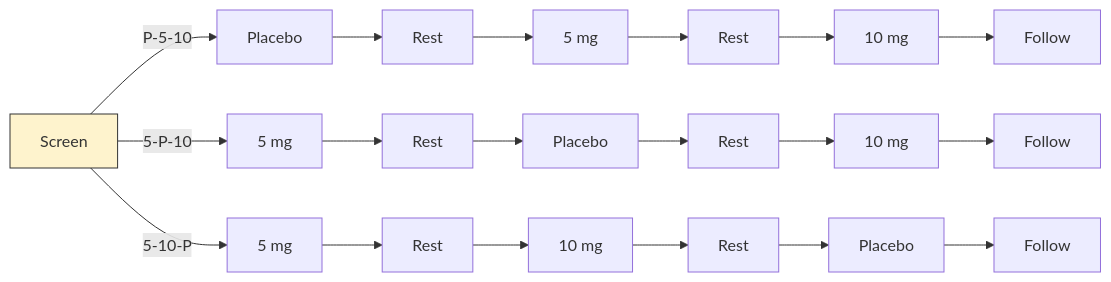
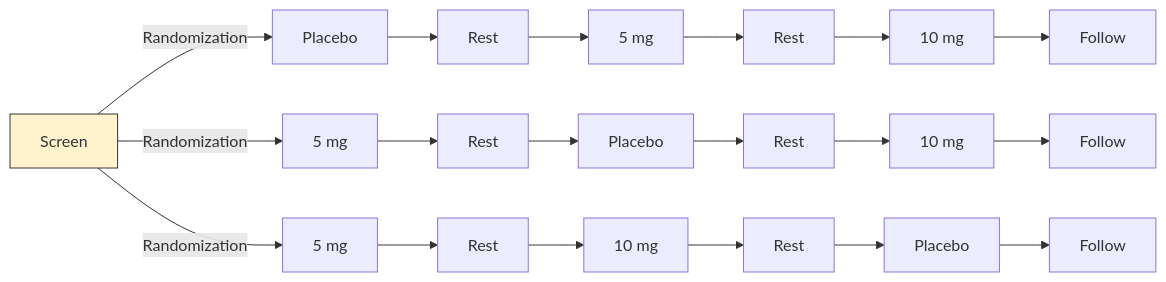
The fifth of 24 diagrams in knowledge_base/domains/TA/examples.md (hakupao/sdtm-pedia), drawn with Mermaid before and after one commit. The commit also changed other lines of this file and 12 other files, not shown here.

First line of the commit message:
fix(kb): Tier B batch B-TA — TA narratives restored + 24 Mermaid vs PDF figures (PASS after 3 attempts; local)

````diff
--- a/knowledge_base/domains/TA/examples.md
+++ b/knowledge_base/domains/TA/examples.md
@@ -138,8 +173,8 @@
 ```mermaid
 graph LR
     S[Screen]
-    S -->|"P-5-10"| a1[Placebo] --> a2[Rest] --> a3[5 mg] --> a4[Rest] --> a5[10 mg] --> a6[Follow]
-    S -->|"5-P-10"| b1[5 mg] --> b2[Rest] --> b3[Placebo] --> b4[Rest] --> b5[10 mg] --> b6[Follow]
-    S -->|"5-10-P"| c1[5 mg] --> c2[Rest] --> c3[10 mg] --> c4[Rest] --> c5[Placebo] --> c6[Follow]
+    S -->|"Randomization"| a1[Placebo] --> a2[Rest] --> a3[5 mg] --> a4[Rest] --> a5[10 mg] --> a6[Follow]
+    S -->|"Randomization"| b1[5 mg] --> b2[Rest] --> b3[Placebo] --> b4[Rest] --> b5[10 mg] --> b6[Follow]
+    S -->|"Randomization"| c1[5 mg] --> c2[Rest] --> c3[10 mg] --> c4[Rest] --> c5[Placebo] --> c6[Follow]
     style S fill:#fef3cd,stroke:#333
 ```
````
